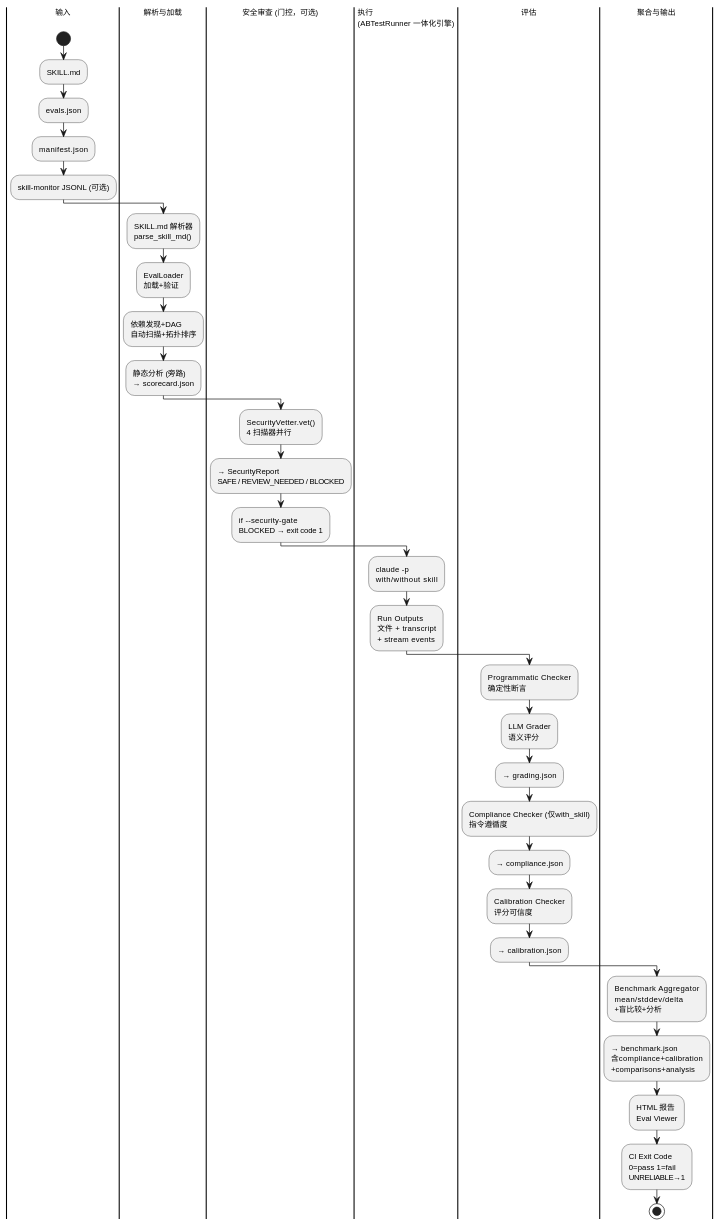
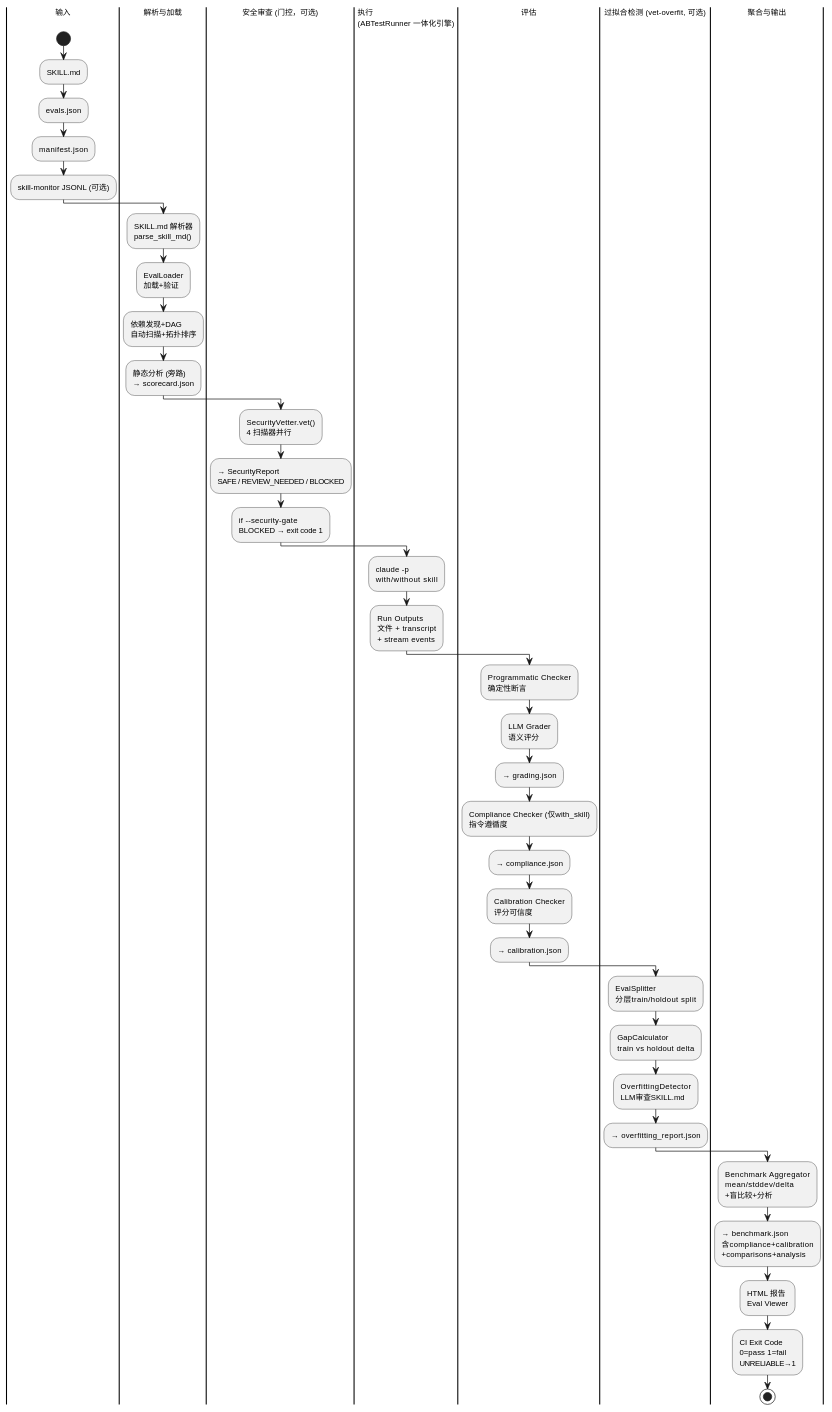
Before and after one commit to HangDu1995/sift: the third of 4 diagrams in docs/skill-eval-arch-design.md, drawn with PlantUML. The commit also changed other lines of this file and 15 other files, not shown here.

````diff
--- a/docs/skill-eval-arch-design.md
+++ b/docs/skill-eval-arch-design.md
@@ -648,44 +693,50 @@
 ```plantuml
 @startuml
 skinparam shadowing false
 skinparam defaultFontSize 11
 
 |输入|
 start
 :SKILL.md;
 :evals.json;
 :manifest.json;
 :skill-monitor JSONL (可选);
 
 |解析与加载|
 :SKILL.md 解析器\nparse_skill_md();
 :EvalLoader\n加载+验证;
 :依赖发现+DAG\n自动扫描+拓扑排序;
 :静态分析 (旁路)\n→ scorecard.json;
 
 |安全审查 (门控，可选)|
 :SecurityVetter.vet()\n4 扫描器并行;
 :→ SecurityReport\nSAFE / REVIEW_NEEDED / BLOCKED;
 :if --security-gate\nBLOCKED → exit code 1;
 
 |执行\n(ABTestRunner 一体化引擎)|
 :claude -p\nwith/without skill;
 :Run Outputs\n文件 + transcript\n+ stream events;
 
 |评估|
 :Programmatic Checker\n确定性断言;
 :LLM Grader\n语义评分;
 :→ grading.json;
 :Compliance Checker (仅with_skill)\n指令遵循度;
 :→ compliance.json;
 :Calibration Checker\n评分可信度;
 :→ calibration.json;
 
+|过拟合检测 (vet-overfit, 可选)|
+:EvalSplitter\n分层train/holdout split;
+:GapCalculator\ntrain vs holdout delta;
+:OverfittingDetector\nLLM审查SKILL.md;
+:→ overfitting_report.json;
+
 |聚合与输出|
 :Benchmark Aggregator\nmean/stddev/delta\n+盲比较+分析;
 :→ benchmark.json\n含compliance+calibration\n+comparisons+analysis;
 :HTML 报告\nEval Viewer;
 :CI Exit Code\n0=pass 1=fail\nUNRELIABLE→1;
 stop
 @enduml
 ```
````
